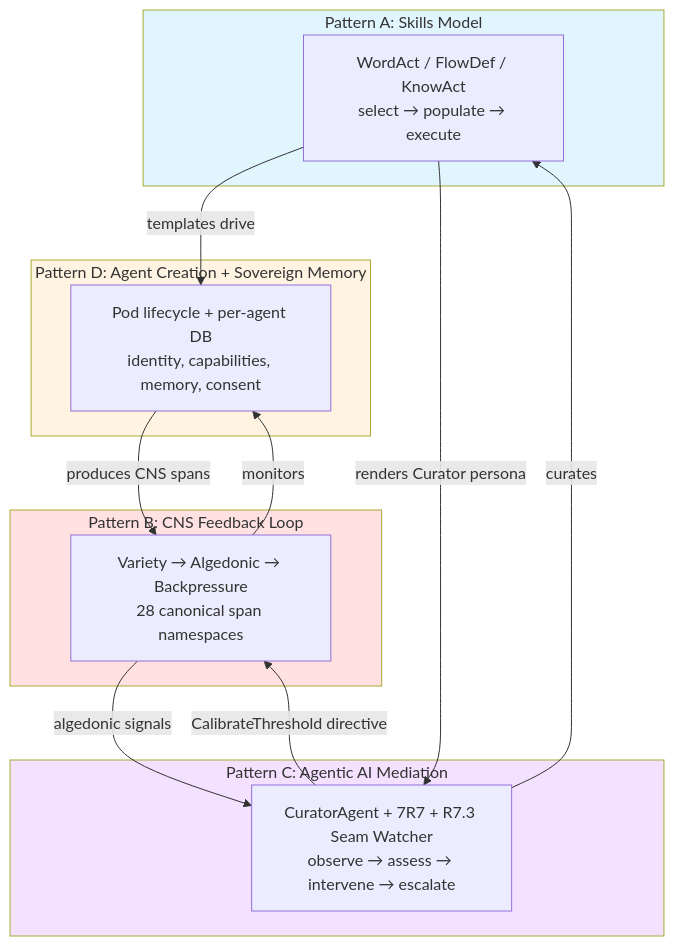
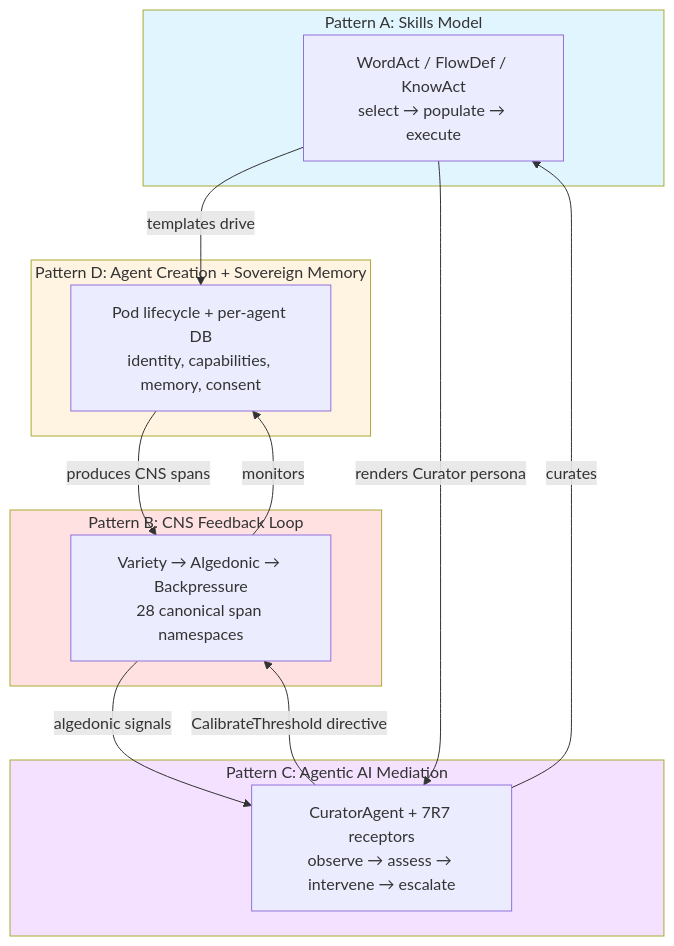
The first of 8 diagrams in docs/architecture/hKask-architecture-master.md (mdz-axo/hKask), drawn with Mermaid before and after one commit. The commit also changed other lines of this file and 18 other files, not shown here.

````diff
--- a/docs/architecture/hKask-architecture-master.md
+++ b/docs/architecture/hKask-architecture-master.md
@@ -331,31 +336,31 @@
 ```mermaid
 graph TD
     subgraph Skills["Pattern A: Skills Model"]
         SK["WordAct / FlowDef / KnowAct<br/>select → populate → execute"]
     end
 
     subgraph CNS["Pattern B: CNS Feedback Loop"]
         CN["Variety → Algedonic → Backpressure\n28 canonical span namespaces"]
     end
 
     subgraph Curator["Pattern C: Agentic AI Mediation"]
-        CU["CuratorAgent + 7R7 + R7.3 Seam Watcher<br/>observe → assess → intervene → escalate"]
+        CU["CuratorAgent + 7R7 receptors<br/>observe → assess → intervene → escalate"]
     end
 
     subgraph Agents["Pattern D: Agent Creation + Sovereign Memory"]
         AG["Pod lifecycle + per-agent DB<br/>identity, capabilities, memory, consent"]
     end
 
     SK -->|"templates drive"| AG
     CN -->|"monitors"| AG
     CN -->|"algedonic signals"| CU
     CU -->|"CalibrateThreshold directive"| CN
     CU -->|"curates"| SK
     AG -->|"produces CNS spans"| CN
     SK -->|"renders Curator persona"| CU
 
     style Skills fill:#e1f5ff
     style CNS fill:#ffe1e1
     style Curator fill:#f3e1ff
     style Agents fill:#fff3e1
 ```
````
